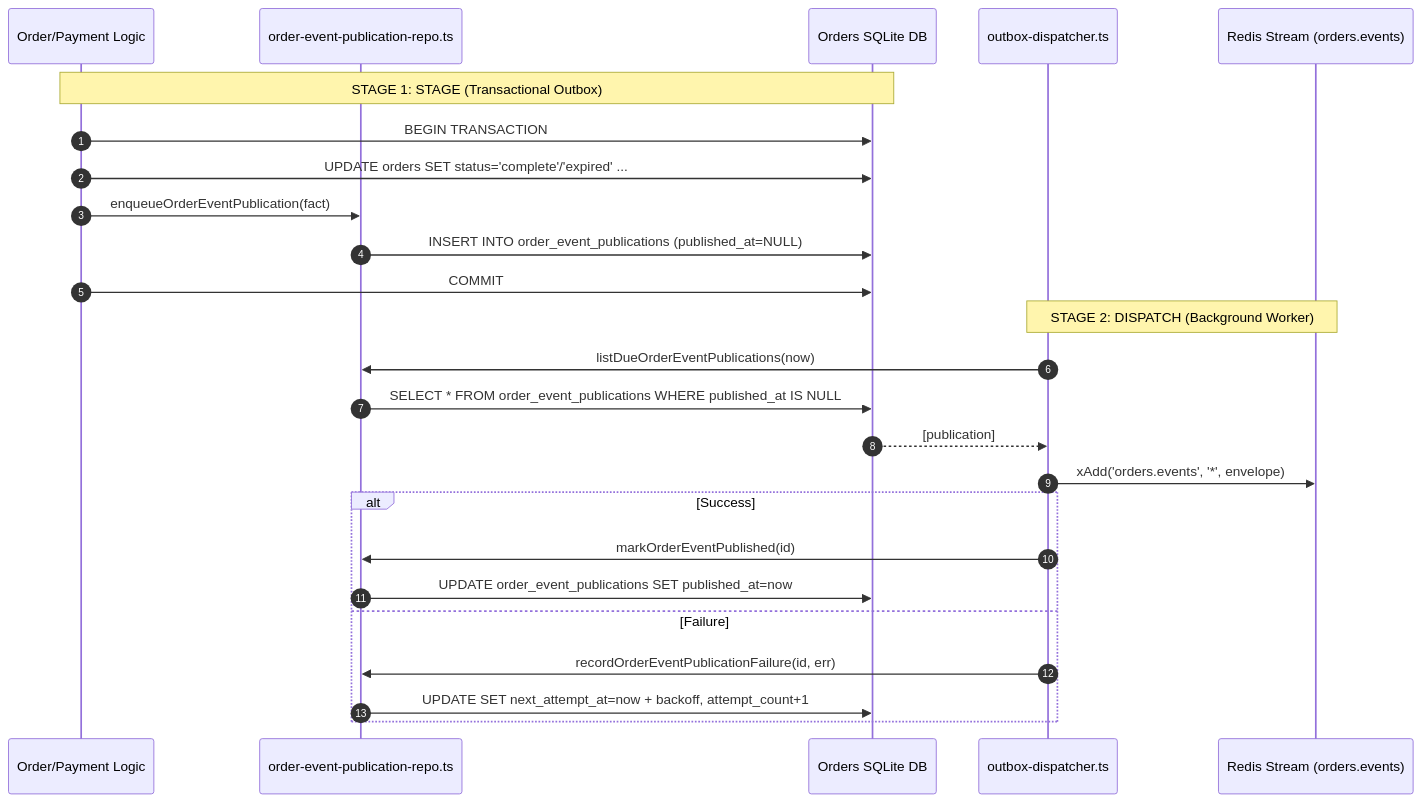
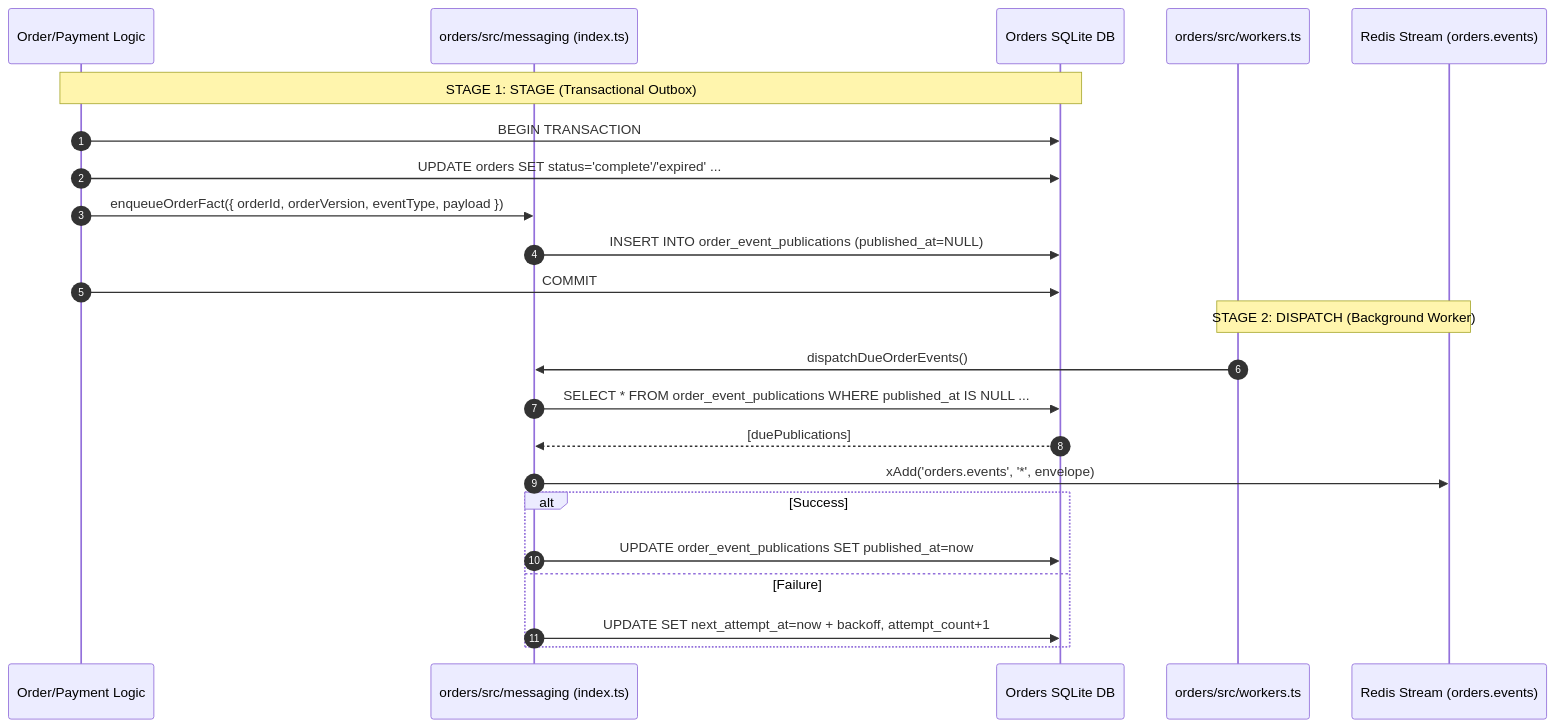
The diagram in orders/src/messaging/README.md (h19overflow/stubhub), drawn with Mermaid before and after one commit. The commit also changed other lines of this file and 2 other files, not shown here.

Commit message:
docs: update messaging architecture and READMEs for deep module boundaries

````diff
--- a/orders/src/messaging/README.md
+++ b/orders/src/messaging/README.md
@@ -28,29 +29,27 @@
 ```mermaid
 sequenceDiagram
     autonumber
     participant App as Order/Payment Logic
-    participant Repo as order-event-publication-repo.ts
+    participant Messaging as orders/src/messaging (index.ts)
     participant DB as Orders SQLite DB
-    participant Worker as outbox-dispatcher.ts
+    participant Worker as orders/src/workers.ts
     participant Redis as Redis Stream (orders.events)
 
     Note over App,DB: STAGE 1: STAGE (Transactional Outbox)
     App->>DB: BEGIN TRANSACTION
     App->>DB: UPDATE orders SET status='complete'/'expired' ...
-    App->>Repo: enqueueOrderEventPublication(fact)
-    Repo->>DB: INSERT INTO order_event_publications (published_at=NULL)
+    App->>Messaging: enqueueOrderFact({ orderId, orderVersion, eventType, payload })
+    Messaging->>DB: INSERT INTO order_event_publications (published_at=NULL)
     App->>DB: COMMIT
 
     Note over Worker,Redis: STAGE 2: DISPATCH (Background Worker)
-    Worker->>Repo: listDueOrderEventPublications(now)
-    Repo->>DB: SELECT * FROM order_event_publications WHERE published_at IS NULL
-    DB-->>Worker: [publication]
-    Worker->>Redis: xAdd('orders.events', '*', envelope)
+    Worker->>Messaging: dispatchDueOrderEvents()
+    Messaging->>DB: SELECT * FROM order_event_publications WHERE published_at IS NULL ...
+    DB-->>Messaging: [duePublications]
+    Messaging->>Redis: xAdd('orders.events', '*', envelope)
     alt Success
-        Worker->>Repo: markOrderEventPublished(id)
-        Repo->>DB: UPDATE order_event_publications SET published_at=now
+        Messaging->>DB: UPDATE order_event_publications SET published_at=now
     else Failure
-        Worker->>Repo: recordOrderEventPublicationFailure(id, err)
-        Repo->>DB: UPDATE SET next_attempt_at=now + backoff, attempt_count+1
+        Messaging->>DB: UPDATE SET next_attempt_at=now + backoff, attempt_count+1
     end
 ```
````
